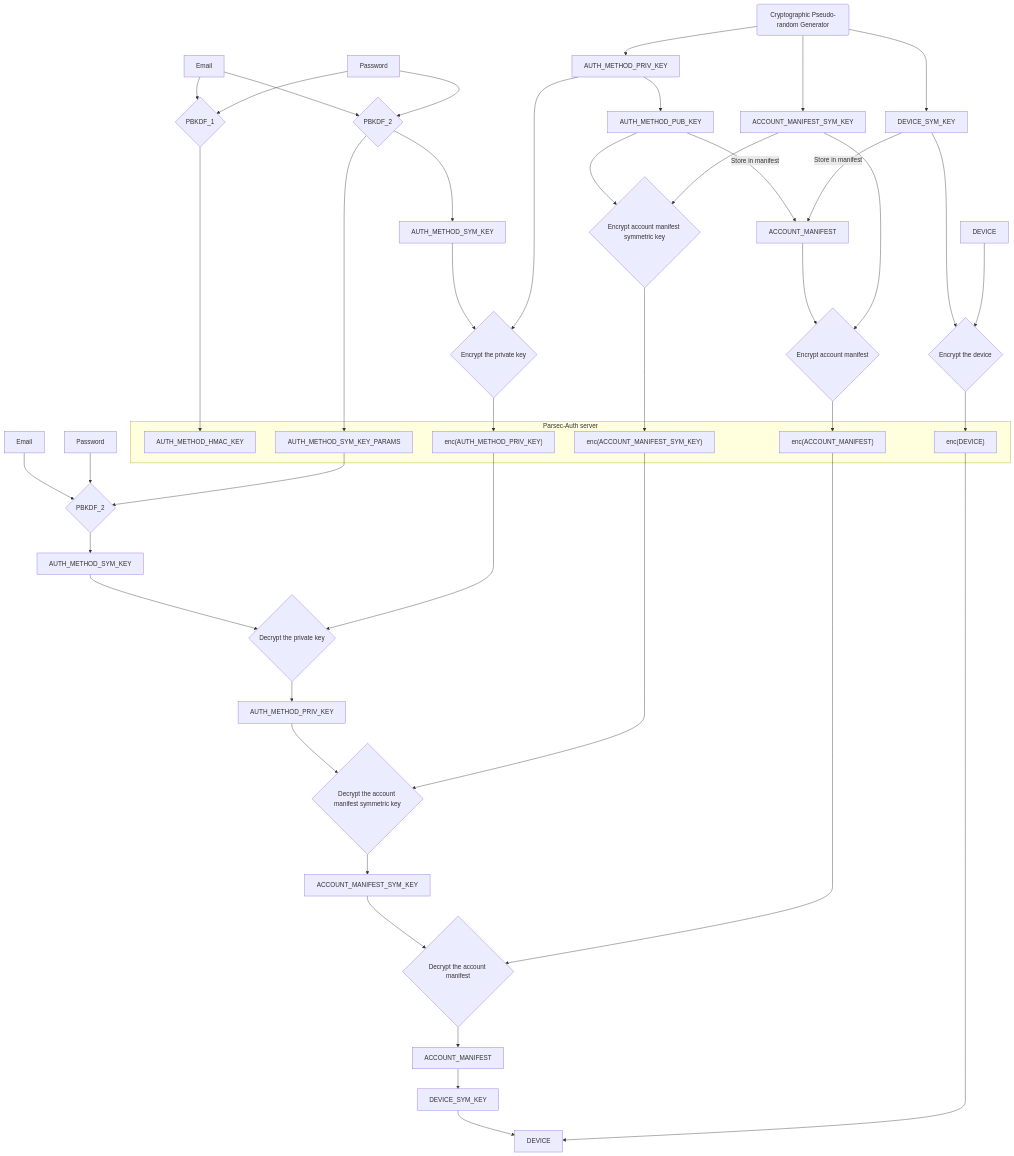
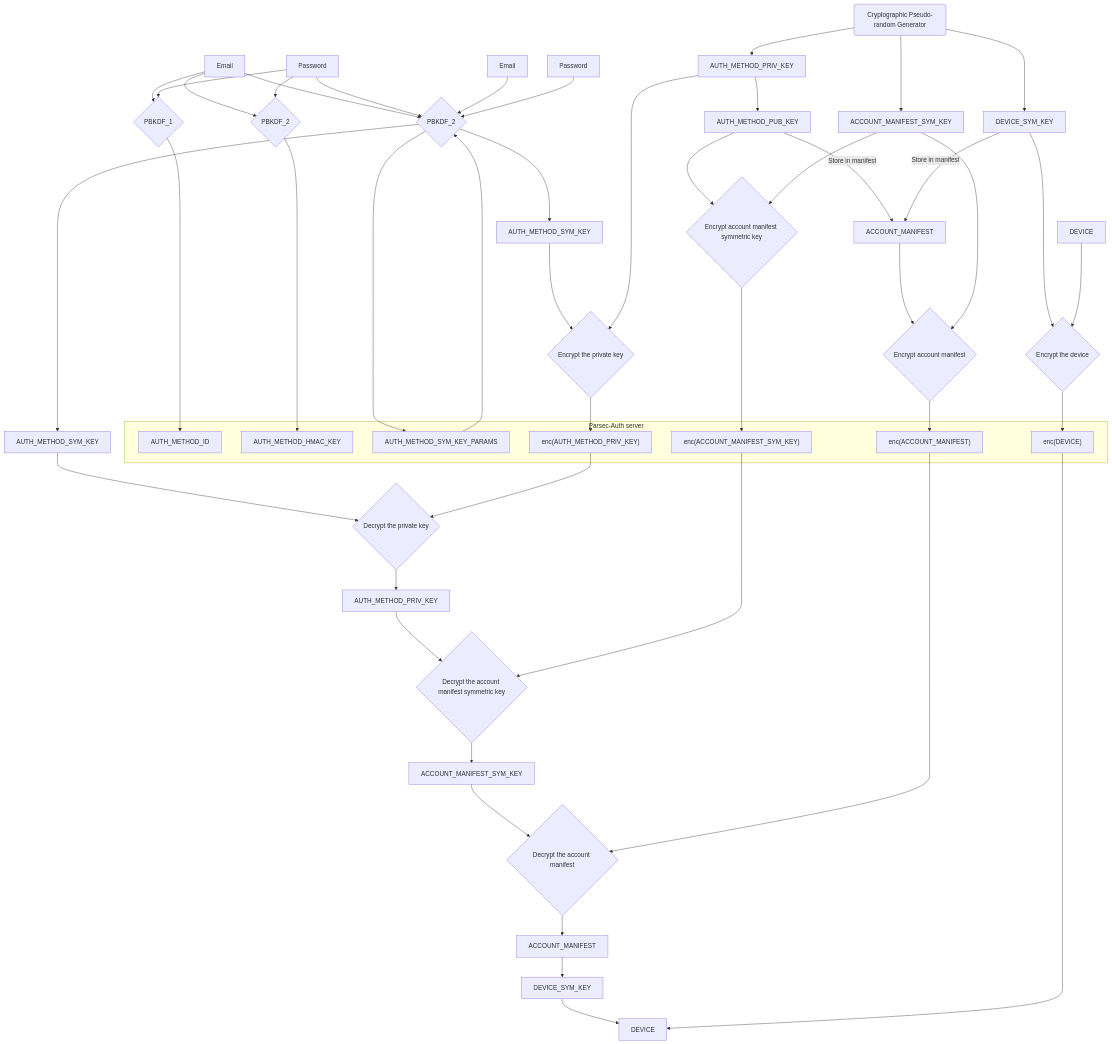
The eighth of 8 diagrams in docs/rfcs/1012-parsec-auth.md (Scille/parsec-cloud), drawn with Mermaid before and after one commit. The commit also changed other lines of this file, not shown here.

Commit message:
fixup! feat(rfc): Add RFC Parsec auth

````diff
--- a/docs/rfcs/1012-parsec-auth.md
+++ b/docs/rfcs/1012-parsec-auth.md
@@ -356,51 +382,53 @@
 ```mermaid
 flowchart TD
   H1{PBKDF_1}
   H2{PBKDF_2}
+  H3{PBKDF_2}
 
-  Email & Password --> H1 & H2
+  Email & Password --> H1 & H2 & H3
 
-  H1 --> AUTH_METHOD_HMAC_KEY
-
-  H2 --> AUTH_METHOD_SYM_KEY_PARAMS & AUTH_METHOD_SYM_KEY
+  H1 --> AUTH_METHOD_ID
+  H2 --> AUTH_METHOD_HMAC_KEY
+  H3 --> AUTH_METHOD_SYM_KEY_PARAMS & AUTH_METHOD_SYM_KEY
 
   CSPRNG(Cryptographic Pseudo-random Generator)
 
   CSPRNG --> AUTH_METHOD_PRIV_KEY --> AUTH_METHOD_PUB_KEY
   CSPRNG --> ACCOUNT_MANIFEST_SYM_KEY
 
   AUTH_METHOD_SYM_KEY & AUTH_METHOD_PRIV_KEY --> E1{"Encrypt the private key"} --> enc_PRIV_KEY["enc(AUTH_METHOD_PRIV_KEY)"]
 
   AUTH_METHOD_PUB_KEY --> |"Store in manifest"| ACCOUNT_MANIFEST
 
   ACCOUNT_MANIFEST & ACCOUNT_MANIFEST_SYM_KEY --> E2{"Encrypt account manifest"} --> enc_MANIFEST["enc(ACCOUNT_MANIFEST)"]
 
   AUTH_METHOD_PUB_KEY & ACCOUNT_MANIFEST_SYM_KEY --> E3{"Encrypt account manifest symmetric key"} --> enc_MANIFEST_KEY["enc(ACCOUNT_MANIFEST_SYM_KEY)"]
 
   CSPRNG --> DEVICE_SYM_KEY
 
   DEVICE_SYM_KEY & DEVICE --> E4{"Encrypt the device"} --> enc_DEVICE["enc(DEVICE)"]
 
   DEVICE_SYM_KEY --> |"Store in manifest"| ACCOUNT_MANIFEST
 
   subgraph Parsec-Auth server
+    AUTH_METHOD_ID
     AUTH_METHOD_HMAC_KEY
     AUTH_METHOD_SYM_KEY_PARAMS
     enc_PRIV_KEY
     enc_MANIFEST
     enc_MANIFEST_KEY
     enc_DEVICE
   end
 
   E[Email] & P[Password] & AUTH_METHOD_SYM_KEY_PARAMS --> H3{PBKDF_2} --> AUTH_SYM_KEY[AUTH_METHOD_SYM_KEY]
 
   AUTH_SYM_KEY & enc_PRIV_KEY --> D1{"Decrypt the private key"} --> PRIV_KEY[AUTH_METHOD_PRIV_KEY]
 
   PRIV_KEY & enc_MANIFEST_KEY --> D2{"Decrypt the account manifest symmetric key"} --> MANIFEST_KEY[ACCOUNT_MANIFEST_SYM_KEY]
 
   MANIFEST_KEY & enc_MANIFEST --> D3{"Decrypt the account manifest"} --> MANIFEST[ACCOUNT_MANIFEST]
 
   MANIFEST --> DEV_KEY[DEVICE_SYM_KEY]
 
   DEV_KEY & enc_DEVICE --> DEV[DEVICE]
 ```
````
